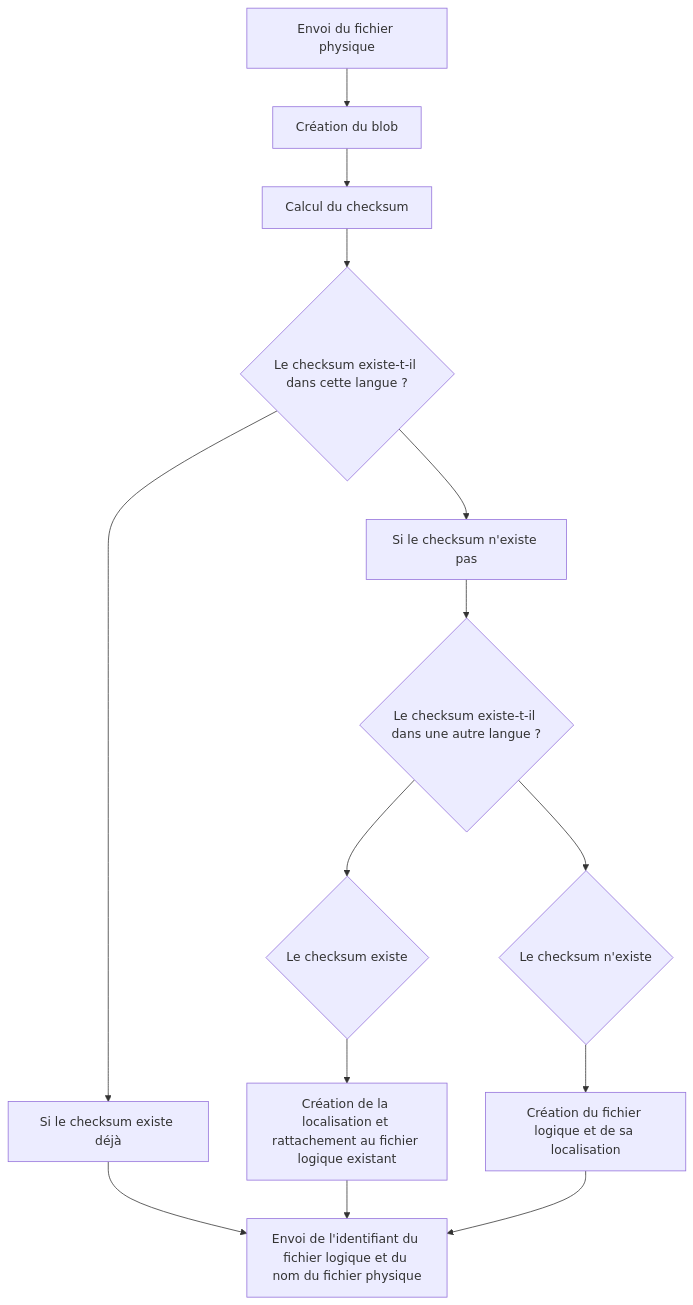
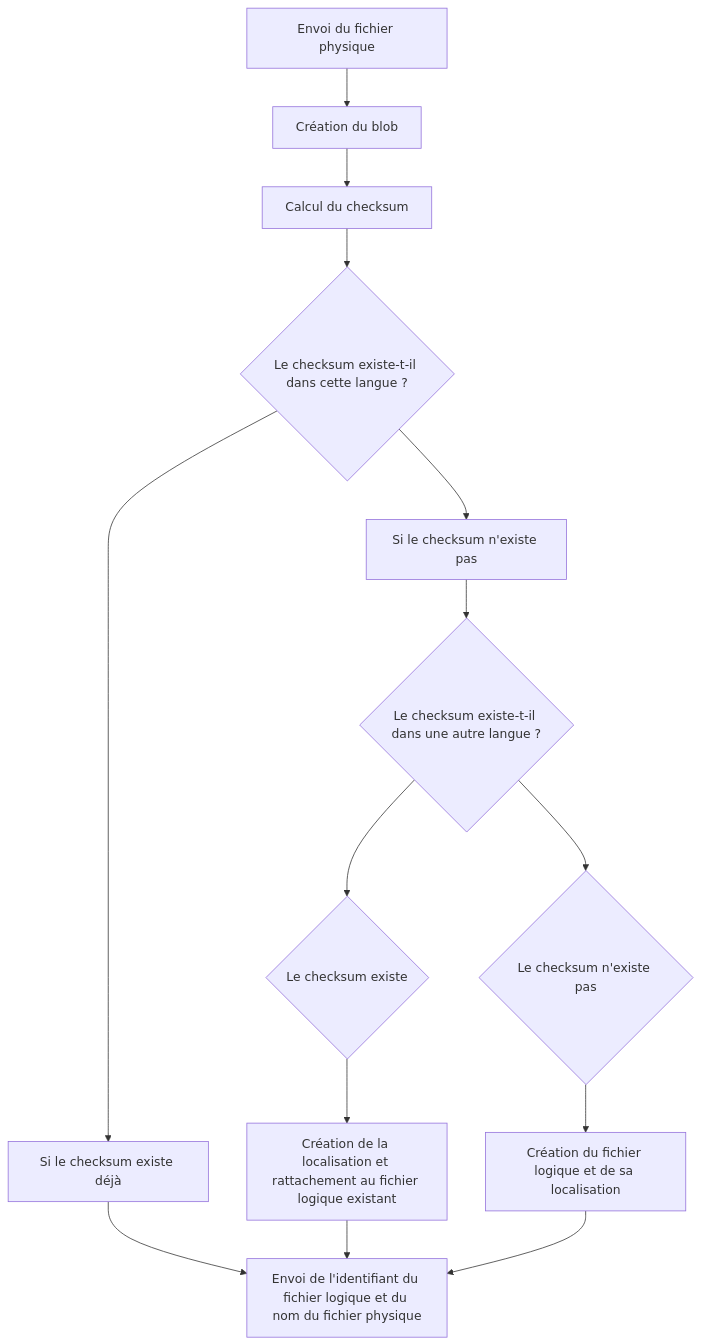
One commit to osunyorg/developers changed the first of 6 diagrams in content/docs/admin/composants/file-library.md. Above: the diagram before and after it, drawn with Mermaid.

Commit message:
adjust schema

````diff
--- a/content/docs/admin/composants/file-library.md
+++ b/content/docs/admin/composants/file-library.md
@@ -47,21 +47,21 @@
 ```mermaid
 graph TD;
   Envoi-->CreationBlob-->ChecksumCalculation-->Checksum
   Checksum-->ChecksumOui-->EnvoiInfos
   Checksum-->ChecksumNon-->ChecksumOtherLanguage
   ChecksumOtherLanguage-->ChecksumOtherLanguageOui-->CreationLoca-->EnvoiInfos
   ChecksumOtherLanguage-->ChecksumOtherLanguageNon-->CreationFichier-->EnvoiInfos
-  
+
   Envoi["Envoi du fichier physique"]
   CreationBlob["Création du blob"]
   ChecksumCalculation["Calcul du checksum"]
   Checksum{"Le checksum existe-t-il dans cette langue ?"}
   ChecksumOui["Si le checksum existe déjà"]
   ChecksumNon["Si le checksum n'existe pas"]
   ChecksumOtherLanguage{"Le checksum existe-t-il dans une autre langue ?"}
   ChecksumOtherLanguageOui{"Le checksum existe"}
-  ChecksumOtherLanguageNon{"Le checksum n'existe"}
+  ChecksumOtherLanguageNon{"Le checksum n'existe pas"}
   CreationLoca["Création de la localisation et rattachement au fichier logique existant"]
   CreationFichier["Création du fichier logique et de sa localisation"]
   EnvoiInfos["Envoi de l'identifiant du fichier logique et du nom du fichier physique"]
 ```
````
